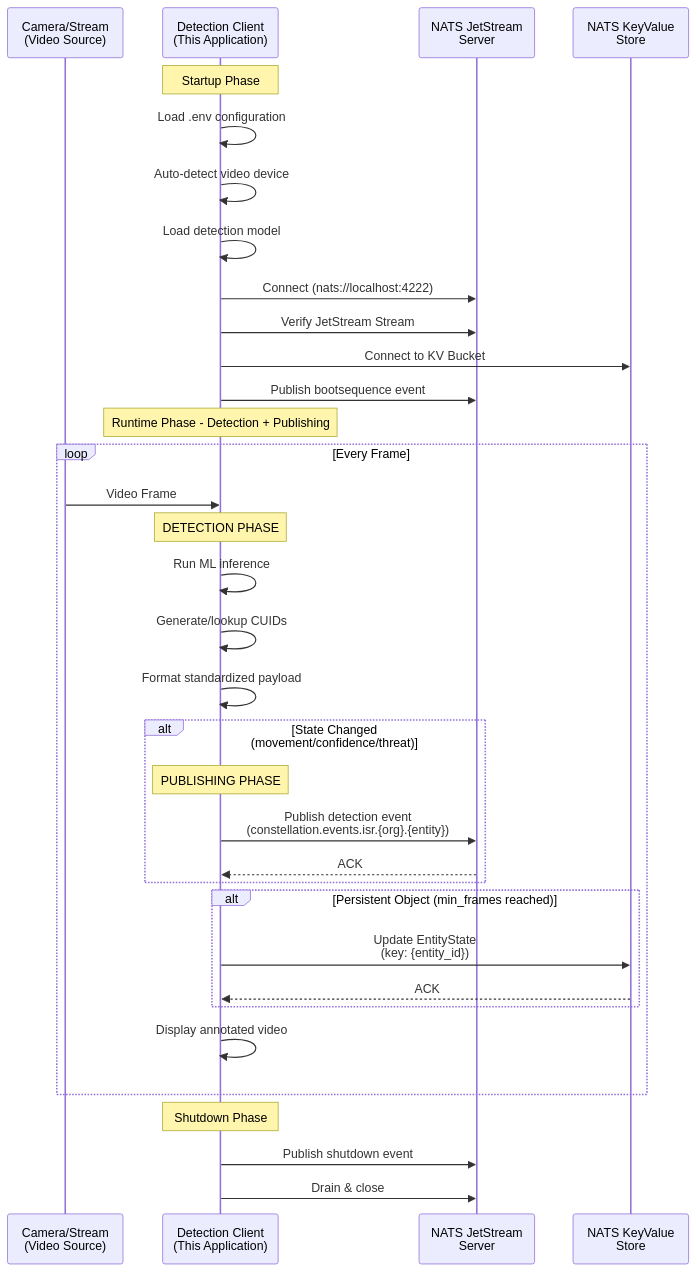
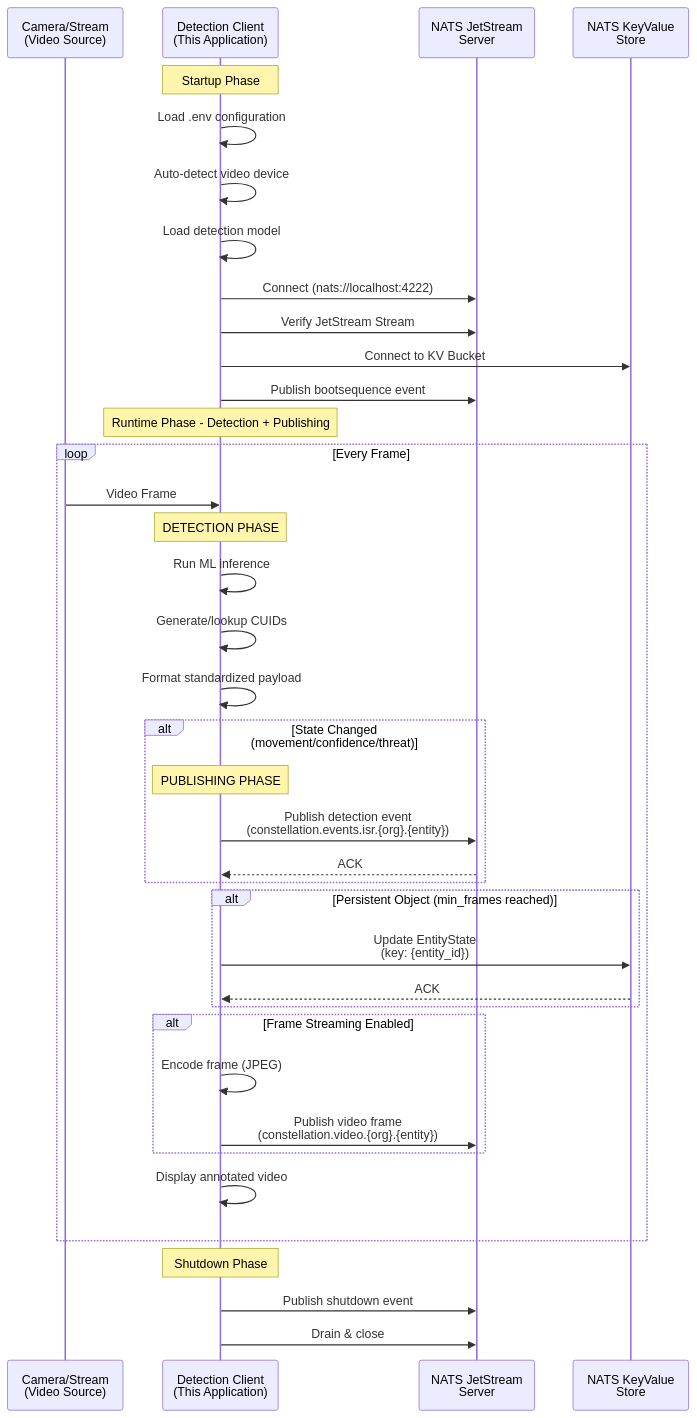
The diagram in README.md (Constellation-Overwatch/overwatch-obj-detection), drawn with Mermaid before and after one commit. The commit also changed other lines of this file, not shown here.

````diff
--- a/README.md
+++ b/README.md
@@ -36,43 +38,48 @@
 ```mermaid
 sequenceDiagram
     participant Camera as Camera/Stream<br/>(Video Source)
     participant Client as Detection Client<br/>(This Application)
     participant NATS as NATS JetStream<br/>Server
     participant KV as NATS KeyValue<br/>Store
 
     Note over Client: Startup Phase
     Client->>Client: Load .env configuration
     Client->>Client: Auto-detect video device
     Client->>Client: Load detection model
     Client->>NATS: Connect (nats://localhost:4222)
     Client->>NATS: Verify JetStream Stream
     Client->>KV: Connect to KV Bucket
     Client->>NATS: Publish bootsequence event
 
     Note over Client: Runtime Phase - Detection + Publishing
     loop Every Frame
         Camera->>Client: Video Frame
 
         Note over Client: DETECTION PHASE
         Client->>Client: Run ML inference
         Client->>Client: Generate/lookup CUIDs
         Client->>Client: Format standardized payload
 
         alt State Changed (movement/confidence/threat)
             Note over Client: PUBLISHING PHASE
             Client->>NATS: Publish detection event<br/>(constellation.events.isr.{org}.{entity})
             NATS-->>Client: ACK
         end
 
         alt Persistent Object (min_frames reached)
             Client->>KV: Update EntityState<br/>(key: {entity_id})
             KV-->>Client: ACK
         end
 
+        alt Frame Streaming Enabled
+            Client->>Client: Encode frame (JPEG)
+            Client->>NATS: Publish video frame<br/>(constellation.video.{org}.{entity})
+        end
+
         Client->>Client: Display annotated video
     end
 
     Note over Client: Shutdown Phase
     Client->>NATS: Publish shutdown event
     Client->>NATS: Drain & close
 ```
````
